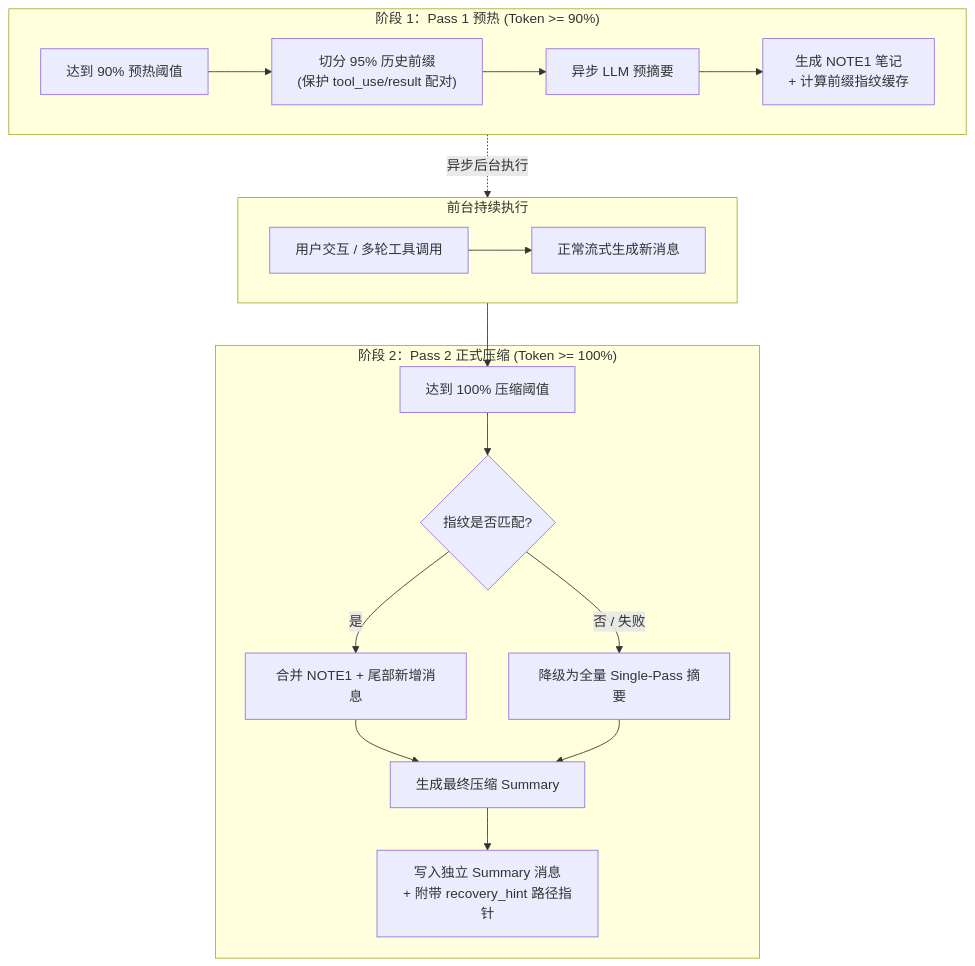
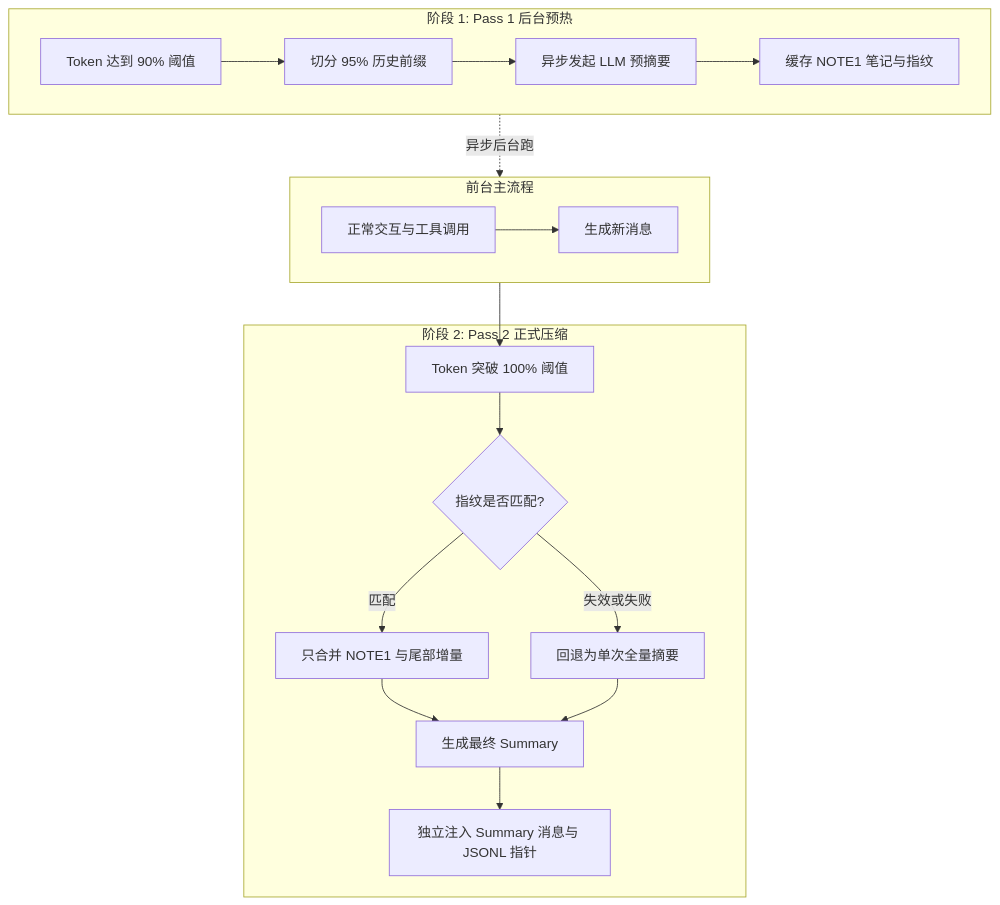
One commit to ferstar/blog changed the diagram in content/posts/agent-context-compaction-two-pass-prefire.md. Above: the diagram before and after it, drawn with Mermaid. The commit also changed other lines of this file and 9 other files, not shown here.

```diff
--- a/content/posts/agent-context-compaction-two-pass-prefire.md
+++ b/content/posts/agent-context-compaction-two-pass-prefire.md
@@ -23,24 +23,24 @@
 {{< mermaid >}}
 flowchart TD
-  subgraph Prefire["阶段 1：Pass 1 预热 (Token >= 90%)"]
-    A[达到 90% 预热阈值] --> B["切分 95% 历史前缀<br/>(保护 tool_use/result 配对)"]
-    B --> C["异步 LLM 预摘要"]
-    C --> D["生成 NOTE1 笔记<br/>+ 计算前缀指纹缓存"]
+  subgraph Prefire[阶段 1: Pass 1 后台预热]
+    A[Token 达到 90% 阈值] --> B[切分 95% 历史前缀]
+    B --> C[异步发起 LLM 预摘要]
+    C --> D[缓存 NOTE1 笔记与指纹]
   end
 
-  subgraph Ongoing["前台持续执行"]
-    U[用户交互 / 多轮工具调用] --> E[正常流式生成新消息]
+  subgraph Foreground[前台主流程]
+    U[正常交互与工具调用] --> E[生成新消息]
   end
 
-  subgraph Compaction["阶段 2：Pass 2 正式压缩 (Token >= 100%)"]
-    F[达到 100% 压缩阈值] --> G{指纹是否匹配?}
-    G -- 是 --> H["合并 NOTE1 + 尾部新增消息"]
-    G -- 否 / 失败 --> I["降级为全量 Single-Pass 摘要"]
-    H --> J[生成最终压缩 Summary]
+  subgraph Compaction[阶段 2: Pass 2 正式压缩]
+    F[Token 突破 100% 阈值] --> G{指纹是否匹配?}
+    G -->|匹配| H[只合并 NOTE1 与尾部增量]
+    G -->|失效或失败| I[回退为单次全量摘要]
+    H --> J[生成最终 Summary]
     I --> J
-    J --> K["写入独立 Summary 消息<br/>+ 附带 recovery_hint 路径指针"]
+    J --> K[独立注入 Summary 消息与 JSONL 指针]
   end
 
-  Prefire -. 异步后台执行 .-> Ongoing
-  Ongoing --> F
+  Prefire -.->|异步后台跑| Foreground
+  Foreground --> F
 {{< /mermaid >}}
```
